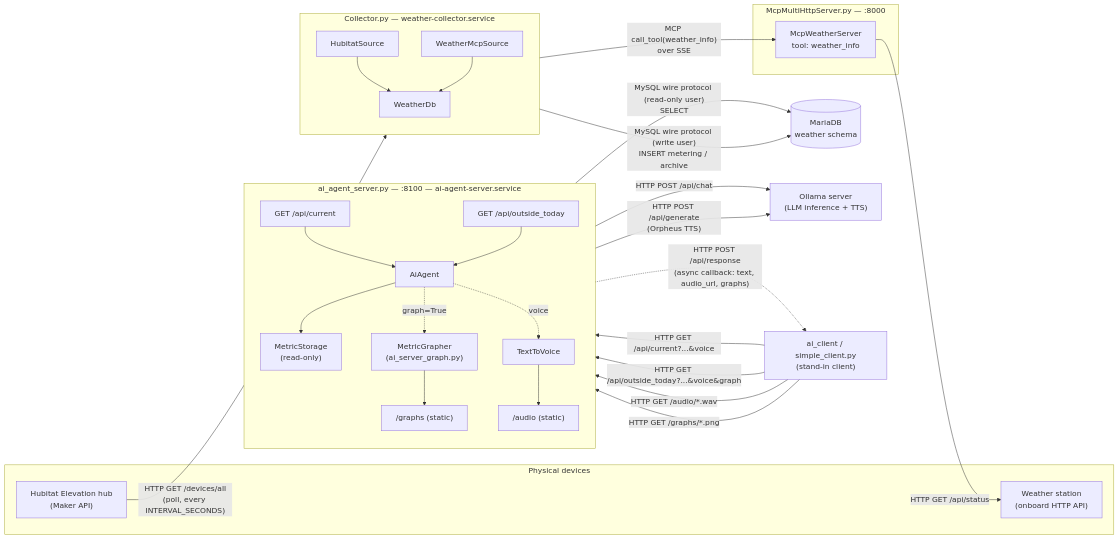
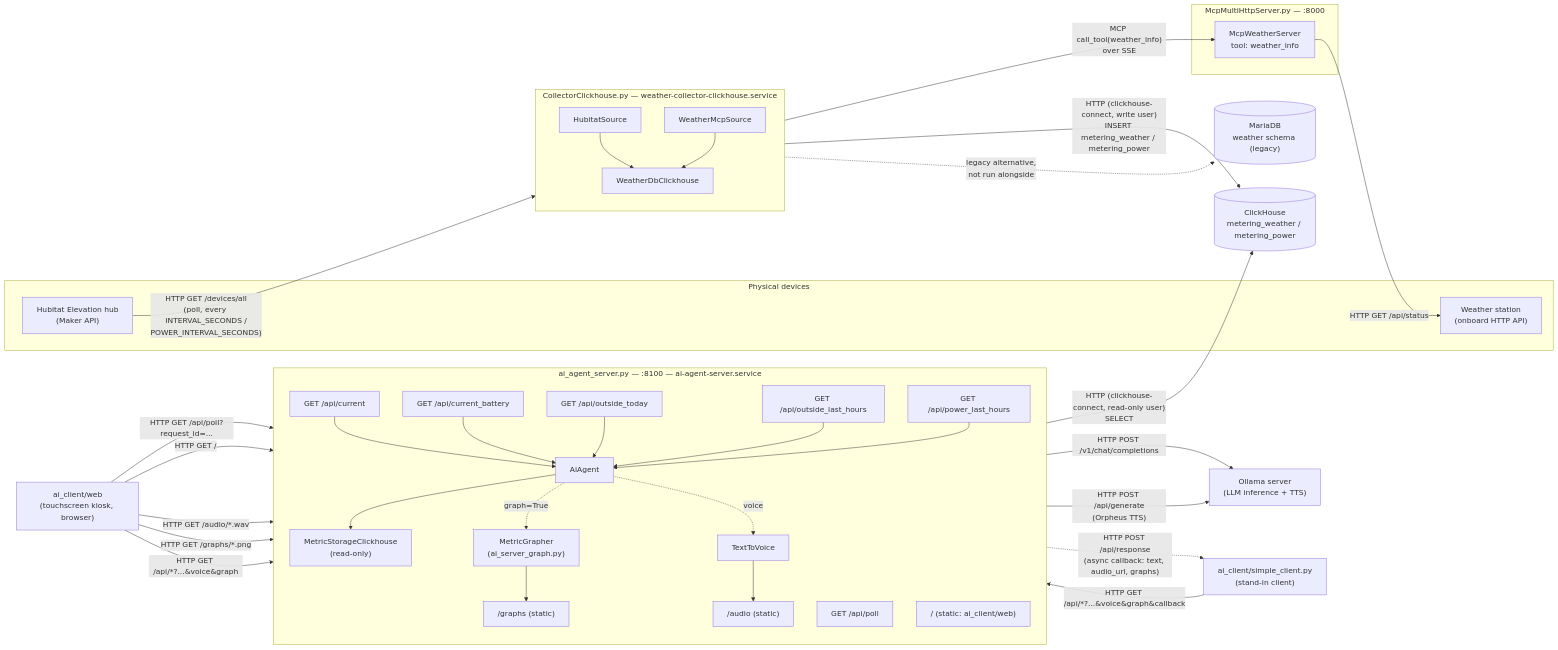
One commit to KDenisPi/AI_agents changed the diagram in README.md. Above: the diagram before and after it, drawn with Mermaid. The commit also changed other lines of this file, not shown here.

First line of the commit message:
Refresh README for the ClickHouse migration and new API surface

````diff
--- a/README.md
+++ b/README.md
@@ -113,59 +183,73 @@
 ```mermaid
 flowchart LR
     subgraph Hardware["Physical devices"]
         Hub["Hubitat Elevation hub<br/>(Maker API)"]
         Station["Weather station<br/>(onboard HTTP API)"]
     end
 
-    subgraph CollectorProc["Collector.py — weather-collector.service"]
+    subgraph ChCollectorProc["CollectorClickhouse.py — weather-collector-clickhouse.service"]
         direction TB
-        HubSrc["HubitatSource"]
-        WxSrc["WeatherMcpSource"]
-        WDb["WeatherDb"]
-        HubSrc --> WDb
-        WxSrc --> WDb
+        HubSrcCh["HubitatSource"]
+        WxSrcCh["WeatherMcpSource"]
+        WDbCh["WeatherDbClickhouse"]
+        HubSrcCh --> WDbCh
+        WxSrcCh --> WDbCh
     end
 
     subgraph McpProc["McpMultiHttpServer.py — :8000"]
         McpWx["McpWeatherServer<br/>tool: weather_info"]
     end
 
-    DB[("MariaDB<br/>weather schema")]
+    CH[("ClickHouse<br/>metering_weather / metering_power")]
+    MariaDB[("MariaDB<br/>weather schema (legacy)")]
 
     subgraph AgentProc["ai_agent_server.py — :8100 — ai-agent-server.service"]
         direction TB
         ApiCurrent["GET /api/current"]
+        ApiBattery["GET /api/current_battery"]
         ApiToday["GET /api/outside_today"]
+        ApiLastHours["GET /api/outside_last_hours"]
+        ApiPower["GET /api/power_last_hours"]
+        ApiPoll["GET /api/poll"]
         Agent["AiAgent"]
-        Store["MetricStorage<br/>(read-only)"]
+        Store["MetricStorageClickhouse<br/>(read-only)"]
         Grapher["MetricGrapher<br/>(ai_server_graph.py)"]
         Voice["TextToVoice"]
         Audio["/audio (static)"]
         Graphs["/graphs (static)"]
+        WebStatic["/ (static: ai_client/web)"]
         ApiCurrent --> Agent
+        ApiBattery --> Agent
         ApiToday --> Agent
+        ApiLastHours --> Agent
+        ApiPower --> Agent
         Agent --> Store
         Agent -. "graph=True" .-> Grapher
         Agent -. "voice" .-> Voice
         Grapher --> Graphs
         Voice --> Audio
     end
 
     Ollama["Ollama server<br/>(LLM inference + TTS)"]
-    Client["ai_client / simple_client.py<br/>(stand-in client)"]
+    WebClient["ai_client/web<br/>(touchscreen kiosk, browser)"]
+    SimpleClient["ai_client/simple_client.py<br/>(stand-in client)"]
 
-    Hub -- "HTTP GET /devices/all\n(poll, every INTERVAL_SECONDS)" --> HubSrc
-    WxSrc -- "MCP call_tool(weather_info)\nover SSE" --> McpWx
+    Hub -- "HTTP GET /devices/all\n(poll, every INTERVAL_SECONDS /\nPOWER_INTERVAL_SECONDS)" --> HubSrcCh
+    WxSrcCh -- "MCP call_tool(weather_info)\nover SSE" --> McpWx
     McpWx -- "HTTP GET /api/status" --> Station
-    WDb -- "MySQL wire protocol (write user)\nINSERT metering / archive" --> DB
+    WDbCh -- "HTTP (clickhouse-connect, write user)\nINSERT metering_weather / metering_power" --> CH
 
-    Store -- "MySQL wire protocol (read-only user)\nSELECT" --> DB
-    Agent -- "HTTP POST /api/chat" --> Ollama
+    Store -- "HTTP (clickhouse-connect, read-only user)\nSELECT" --> CH
+    Agent -- "HTTP POST /v1/chat/completions" --> Ollama
     Voice -- "HTTP POST /api/generate\n(Orpheus TTS)" --> Ollama
 
-    Client -- "HTTP GET /api/current?...&voice" --> ApiCurrent
-    Client -- "HTTP GET /api/outside_today?...&voice&graph" --> ApiToday
-    AgentProc -. "HTTP POST /api/response\n(async callback: text, audio_url, graphs)" .-> Client
-    Client -- "HTTP GET /audio/*.wav" --> Audio
-    Client -- "HTTP GET /graphs/*.png" --> Graphs
+    WebClient -- "HTTP GET /api/*?...&voice&graph" --> AgentProc
+    WebClient -- "HTTP GET /api/poll?request_id=..." --> ApiPoll
+    WebClient -- "HTTP GET /" --> WebStatic
+    SimpleClient -- "HTTP GET /api/*?...&voice&graph&callback" --> AgentProc
+    AgentProc -. "HTTP POST /api/response\n(async callback: text, audio_url, graphs)" .-> SimpleClient
+    WebClient -- "HTTP GET /audio/*.wav" --> Audio
+    WebClient -- "HTTP GET /graphs/*.png" --> Graphs
+
+    ChCollectorProc -.->|"legacy alternative,\nnot run alongside"| MariaDB
 ```
````
